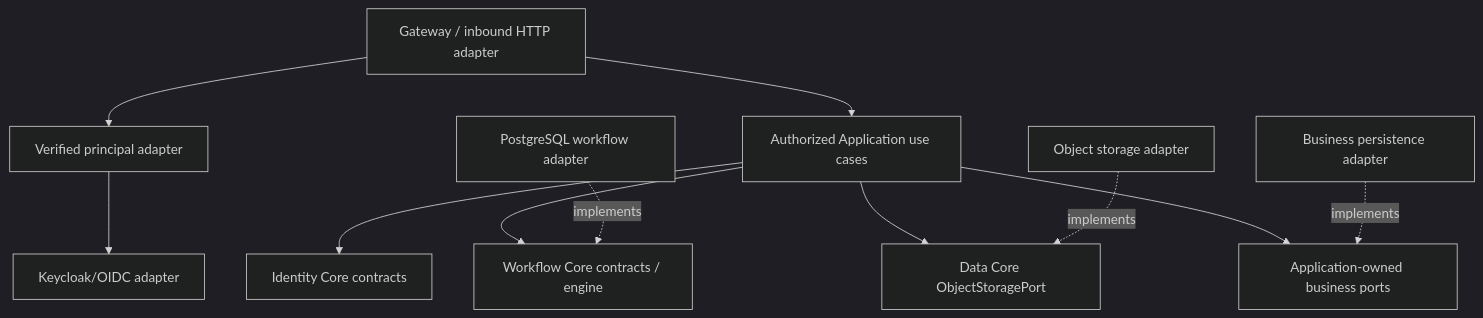
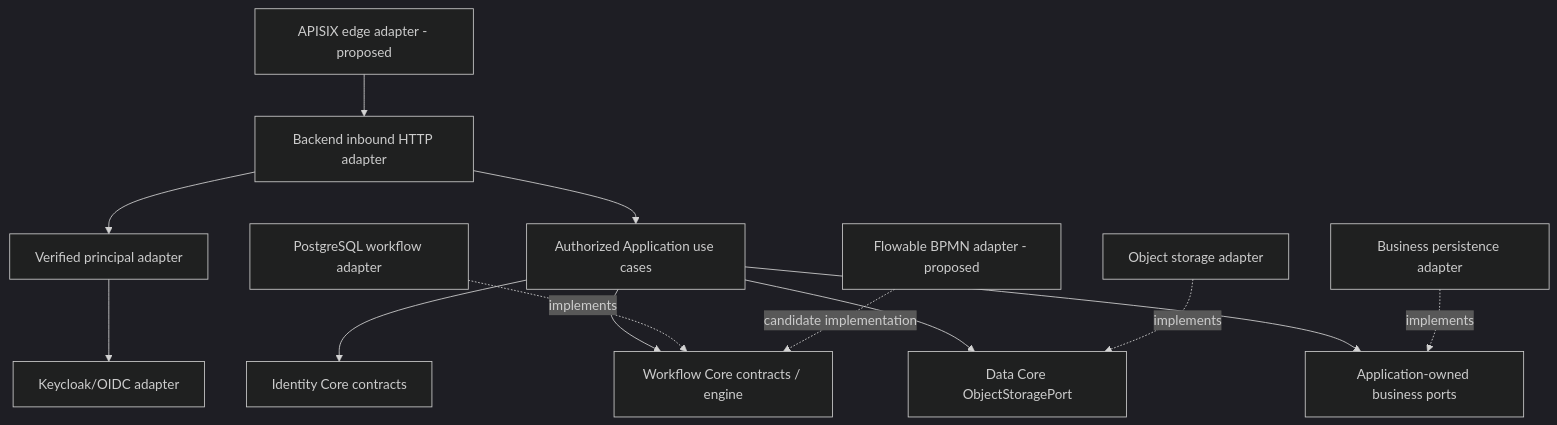
One commit to lexuanbao258-collab/dxos-open-core changed the second of 2 diagrams in docs/01-architecture/system-architecture.md. Above: the diagram before and after it, drawn with Mermaid (dark theme). The commit also changed other lines of this file and 31 other files, not shown here.

Commit message:
docs(architecture): align core contracts and replaceable adapters

````diff
--- a/docs/01-architecture/system-architecture.md
+++ b/docs/01-architecture/system-architecture.md
@@ -50,13 +54,15 @@
 ```mermaid
 flowchart TD
-    HTTP[Gateway / inbound HTTP adapter] --> Sec[Verified principal adapter]
+    Edge[APISIX edge adapter - proposed] --> HTTP[Backend inbound HTTP adapter]
+    HTTP --> Sec[Verified principal adapter]
     HTTP --> UC[Authorized Application use cases]
     UC --> Identity[Identity Core contracts]
     UC --> Workflow[Workflow Core contracts / engine]
     UC --> Data[Data Core ObjectStoragePort]
     UC --> BizPort[Application-owned business ports]
     WFAdapter[PostgreSQL workflow adapter] -. implements .-> Workflow
+    BPMN[Flowable BPMN adapter - proposed] -. candidate implementation .-> Workflow
     BizAdapter[Business persistence adapter] -. implements .-> BizPort
     StoreAdapter[Object storage adapter] -. implements .-> Data
     Sec --> OIDC[Keycloak/OIDC adapter]
 ```
````
